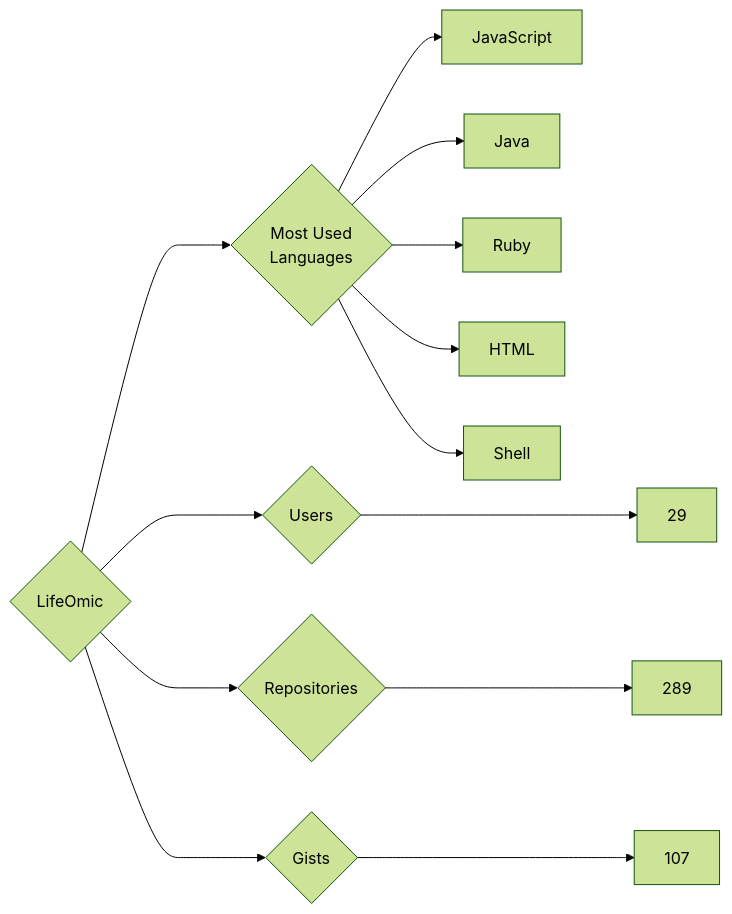
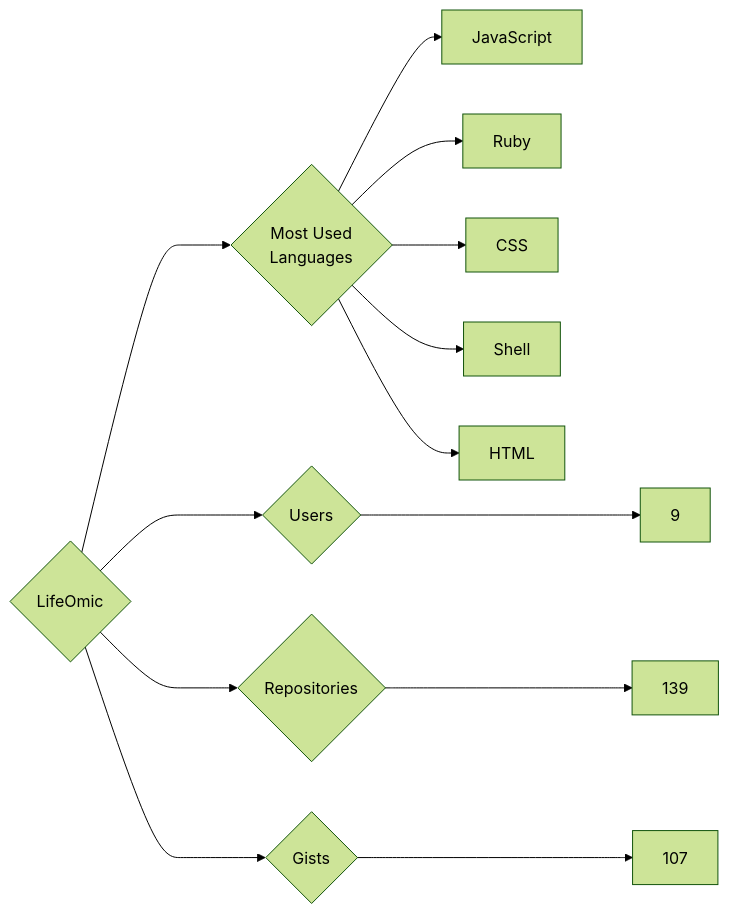
Before and after one commit to trickest/insiders: the diagram in targets/LifeOmic/README.md, drawn with Mermaid (forest theme). The commit also changed 953 other files, not shown here.

````diff
--- a/targets/LifeOmic/README.md
+++ b/targets/LifeOmic/README.md
@@ -3,13 +3,13 @@
 ```mermaid
 graph LR
 COMPANY_NAME{LifeOmic}
-COMPANY_NAME ---> U{Users} ---> UN[29]
-COMPANY_NAME ---> R{Repositories} ---> RN[289]
+COMPANY_NAME ---> U{Users} ---> UN[9]
+COMPANY_NAME ---> R{Repositories} ---> RN[139]
 COMPANY_NAME ---> G{Gists} ---> GN[107]
 COMPANY_NAME ---> ML{Most Used<br>Languages}
 ML --> JavaScript[JavaScript]
-ML --> Java[Java]
 ML --> Ruby[Ruby]
+ML --> CSS[CSS]
+ML --> Shell[Shell]
 ML --> HTML[HTML]
-ML --> Shell[Shell]
 ```
````
